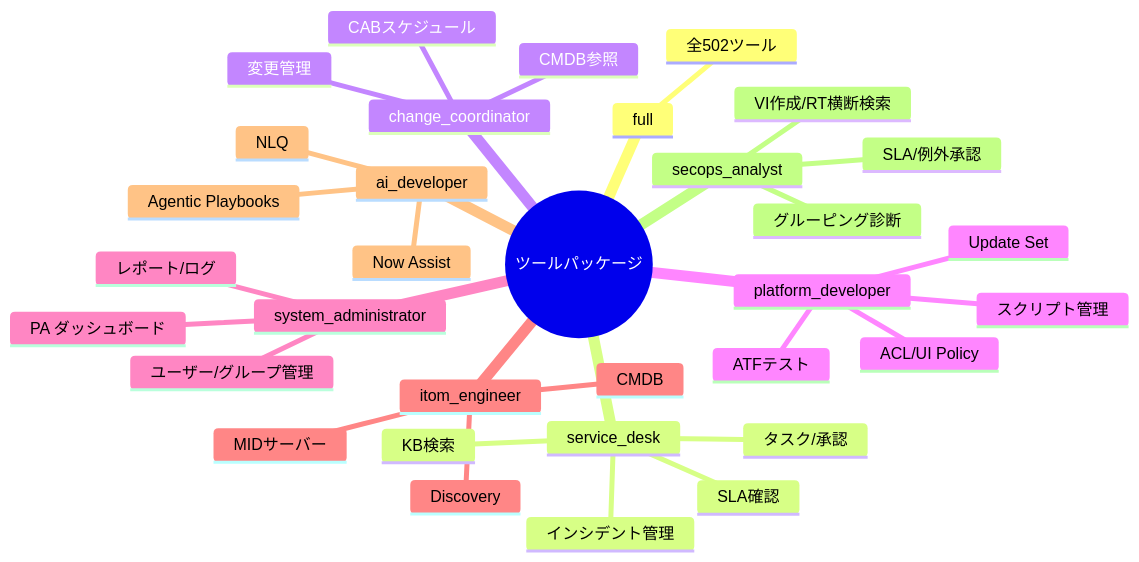
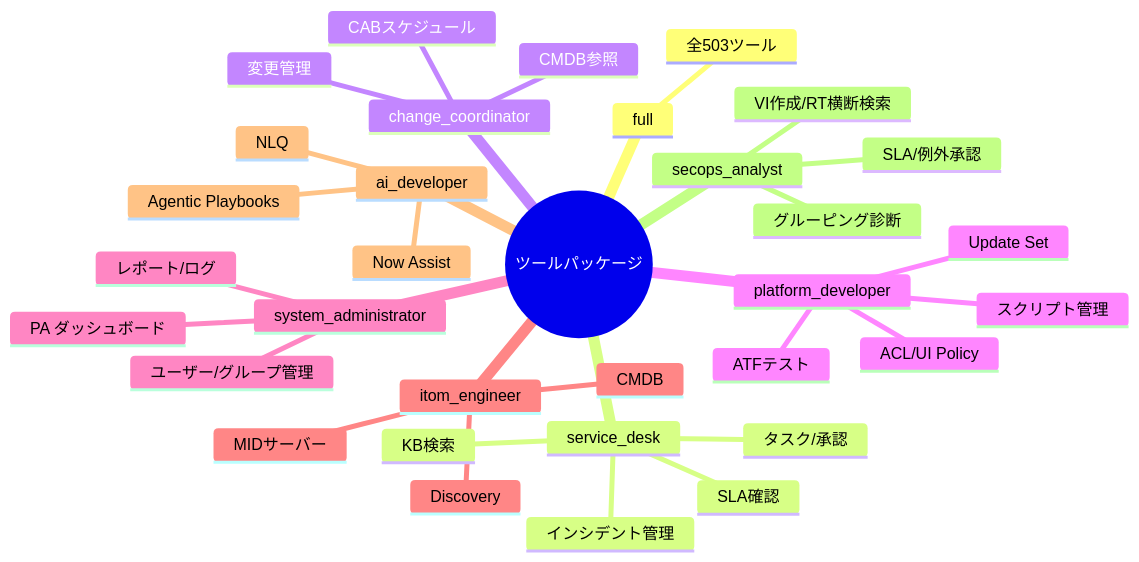
Before and after one commit to tedorigawa001/ServiceNow-MCP: the seventh of 10 diagrams in README.md, drawn with Mermaid. The commit also changed other lines of this file and 15 other files, not shown here.

````diff
--- a/README.md
+++ b/README.md
@@ -580,36 +584,36 @@
 ```mermaid
 mindmap
   root((ツールパッケージ))
     full
-      全502ツール
+      全503ツール
     service_desk
       インシデント管理
       タスク/承認
       KB検索
       SLA確認
     change_coordinator
       変更管理
       CABスケジュール
       CMDB参照
     platform_developer
       スクリプト管理
       ACL/UI Policy
       ATFテスト
       Update Set
     system_administrator
       ユーザー/グループ管理
       レポート/ログ
       PA ダッシュボード
     itom_engineer
       CMDB
       Discovery
       MIDサーバー
     ai_developer
       Now Assist
       NLQ
       Agentic Playbooks
     secops_analyst
       VI作成/RT横断検索
       グルーピング診断
       SLA/例外承認
 ```
````
